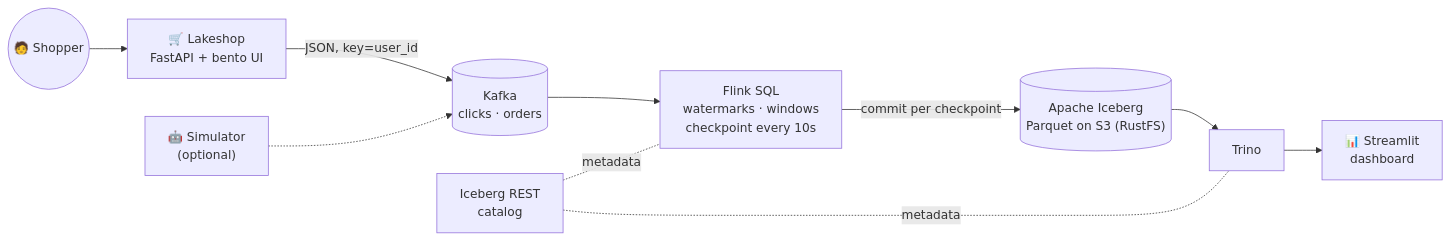
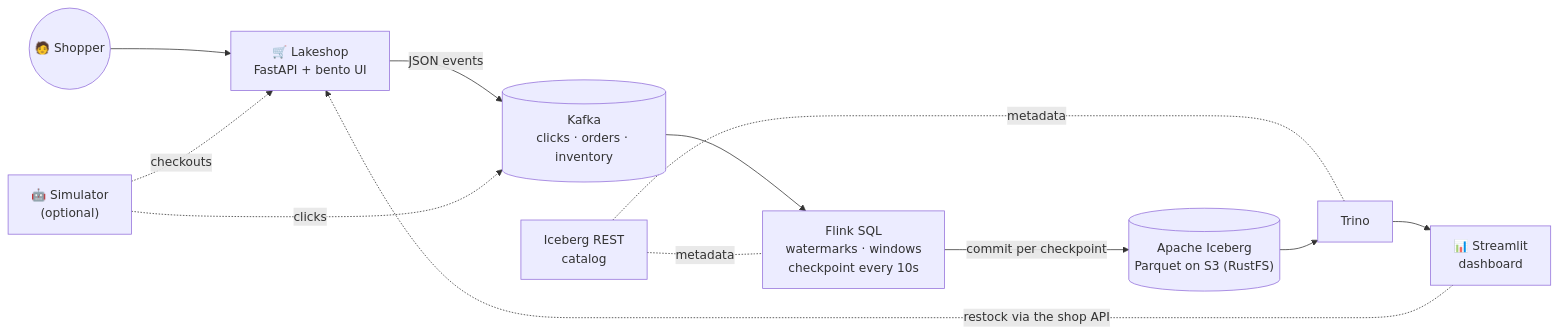
One commit to kanersharma/realtime-ecommerce-lakehouse changed the diagram in README.md. Above: the diagram before and after it, drawn with Mermaid. The commit also changed other lines of this file and 49 other files, not shown here.

````diff
--- a/README.md
+++ b/README.md
@@ -60,12 +64,14 @@
 ```mermaid
 flowchart LR
     U(("🧑 Shopper")) --> S["🛒 Lakeshop<br/>FastAPI + bento UI"]
-    S -- "JSON, key=user_id" --> K[("Kafka<br/>clicks · orders")]
-    G["🤖 Simulator<br/>(optional)"] -.-> K
+    S -- "JSON events" --> K[("Kafka<br/>clicks · orders · inventory")]
+    G["🤖 Simulator<br/>(optional)"] -.->|clicks| K
+    G -.->|checkouts| S
     K --> F["Flink SQL<br/>watermarks · windows<br/>checkpoint every 10s"]
     F -- "commit per checkpoint" --> I[("Apache Iceberg<br/>Parquet on S3 (RustFS)")]
     C["Iceberg REST<br/>catalog"] -.metadata.- F
     C -.metadata.- T
     I --> T["Trino"]
     T --> D["📊 Streamlit<br/>dashboard"]
+    D -.->|restock via the shop API| S
 ```
````
